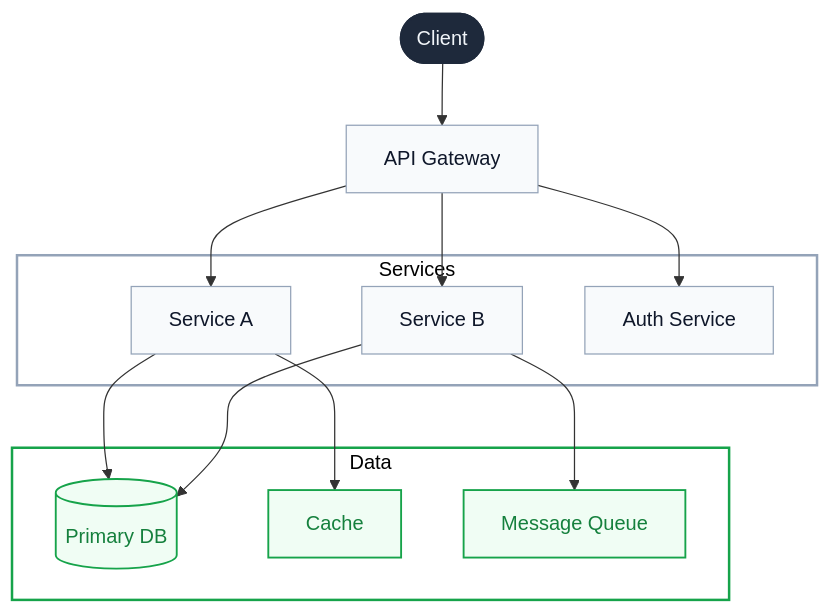
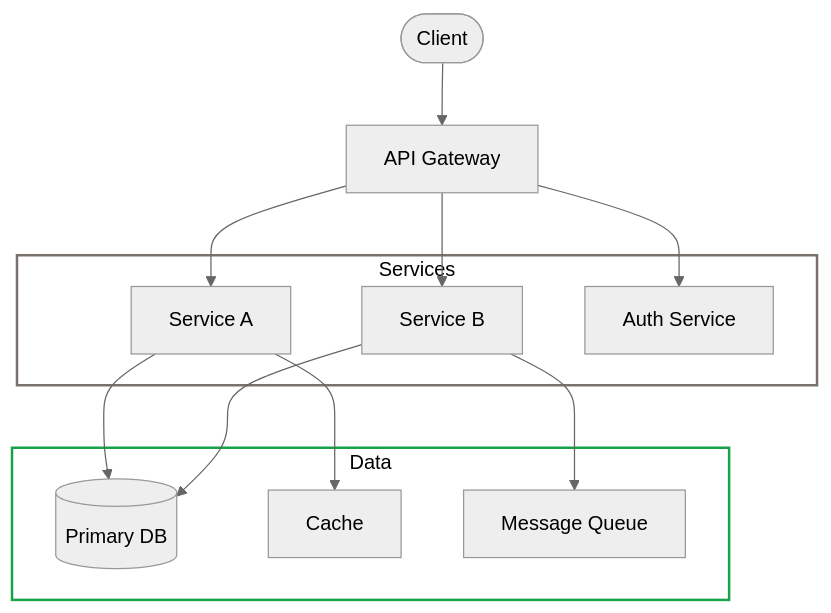
The first of 2 diagrams in skills/utils-skills/mermaid-diagrams/templates/project_documentation.md (Hotusa-Data/ehc-agent-harness), drawn with Mermaid before and after one commit. The commit also changed other lines of this file and 15 other files, not shown here.

Commit message:
improve mermaid diagrams

````diff
--- a/skills/utils-skills/mermaid-diagrams/templates/project_documentation.md
+++ b/skills/utils-skills/mermaid-diagrams/templates/project_documentation.md
@@ -97,38 +97,34 @@
 ```mermaid
+---
+config:
+  theme: neutral
+---
 flowchart TB
     accTitle: System Architecture Overview
     accDescr: High-level architecture showing client, API, services, and data layers with primary data flow paths
 
     client(["Client"]) --> api["API Gateway"]
 
     subgraph services ["Services"]
         svc_a["Service A"]
         svc_b["Service B"]
         svc_c["Auth Service"]
     end
 
     subgraph data ["Data"]
         db[("Primary DB")]
         cache["Cache"]
         queue["Message Queue"]
     end
 
     api --> svc_c
     api --> svc_a
     api --> svc_b
     svc_a --> db
     svc_a --> cache
     svc_b --> queue
     svc_b --> db
 
-    classDef client_node fill:#1e293b,stroke:#1e293b,stroke-width:2px,color:#f1f5f9
-    classDef svc         fill:#f8fafc,stroke:#94a3b8,stroke-width:1px,color:#0f172a
-    classDef data_node   fill:#f0fdf4,stroke:#16a34a,stroke-width:1.5px,color:#15803d
-
-    class client client_node
-    class api,svc_a,svc_b,svc_c svc
-    class db,cache,queue data_node
-
-    style services fill:#ffffff,stroke:#94a3b8,stroke-width:2px,color:#000000
+    style services fill:#ffffff,stroke:#78716c,stroke-width:2px,color:#000000
     style data     fill:#ffffff,stroke:#16a34a,stroke-width:2px,color:#000000
 ```
````
